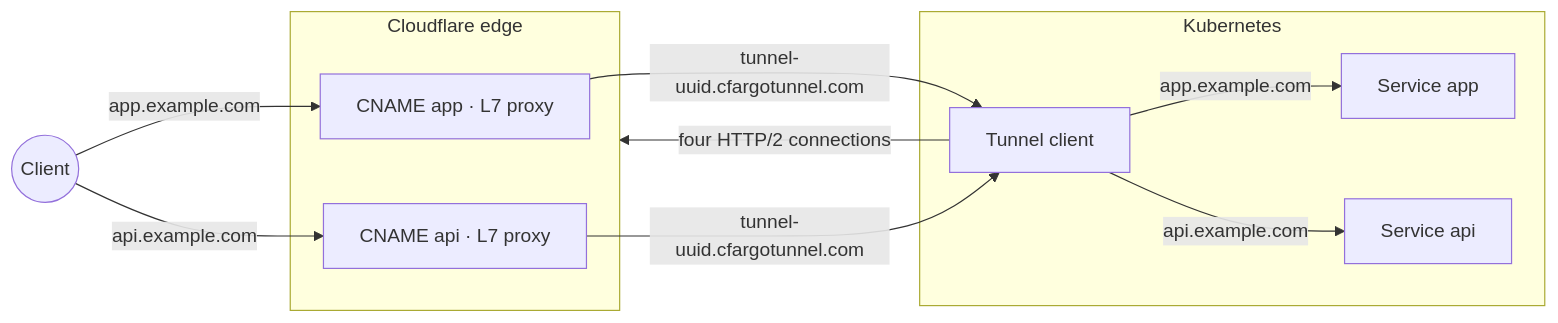
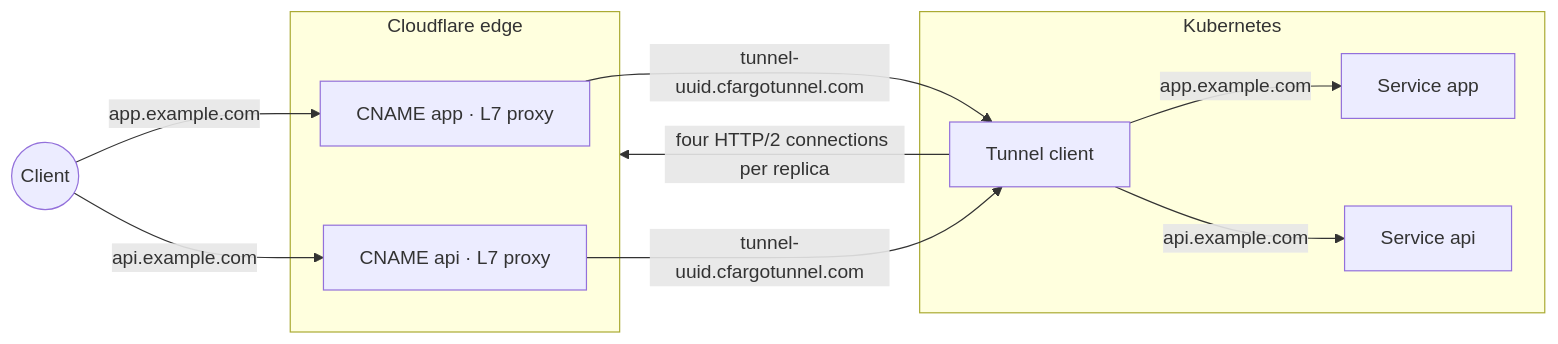
Before and after one commit to matheuscscp/cloudflare-gateway-controller: the diagram in README.md, drawn with Mermaid. The commit also changed 6 other files, not shown here.

````diff
--- a/README.md
+++ b/README.md
@@ -24,18 +24,18 @@
 ```mermaid
 flowchart LR
     C((Client))
     C -->|app.example.com| CNA
     C -->|api.example.com| CNB
     subgraph cfe[Cloudflare edge]
         CNA["CNAME app · L7 proxy"]
         CNB["CNAME api · L7 proxy"]
     end
     CNA -->|"tunnel-uuid.cfargotunnel.com"| T
     CNB -->|"tunnel-uuid.cfargotunnel.com"| T
     subgraph Kubernetes
         T[Tunnel client]
         T -->|app.example.com| SA[Service app]
         T -->|api.example.com| SB[Service api]
     end
-    T -->|four HTTP/2 connections| cfe
+    T -->|four HTTP/2 connections per replica| cfe
 ```
````
